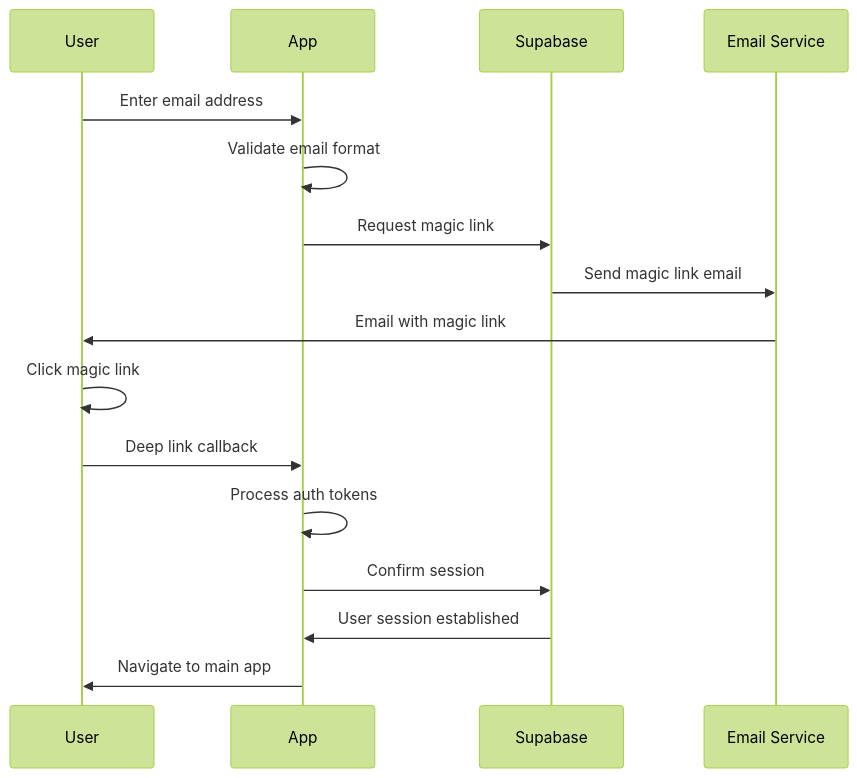
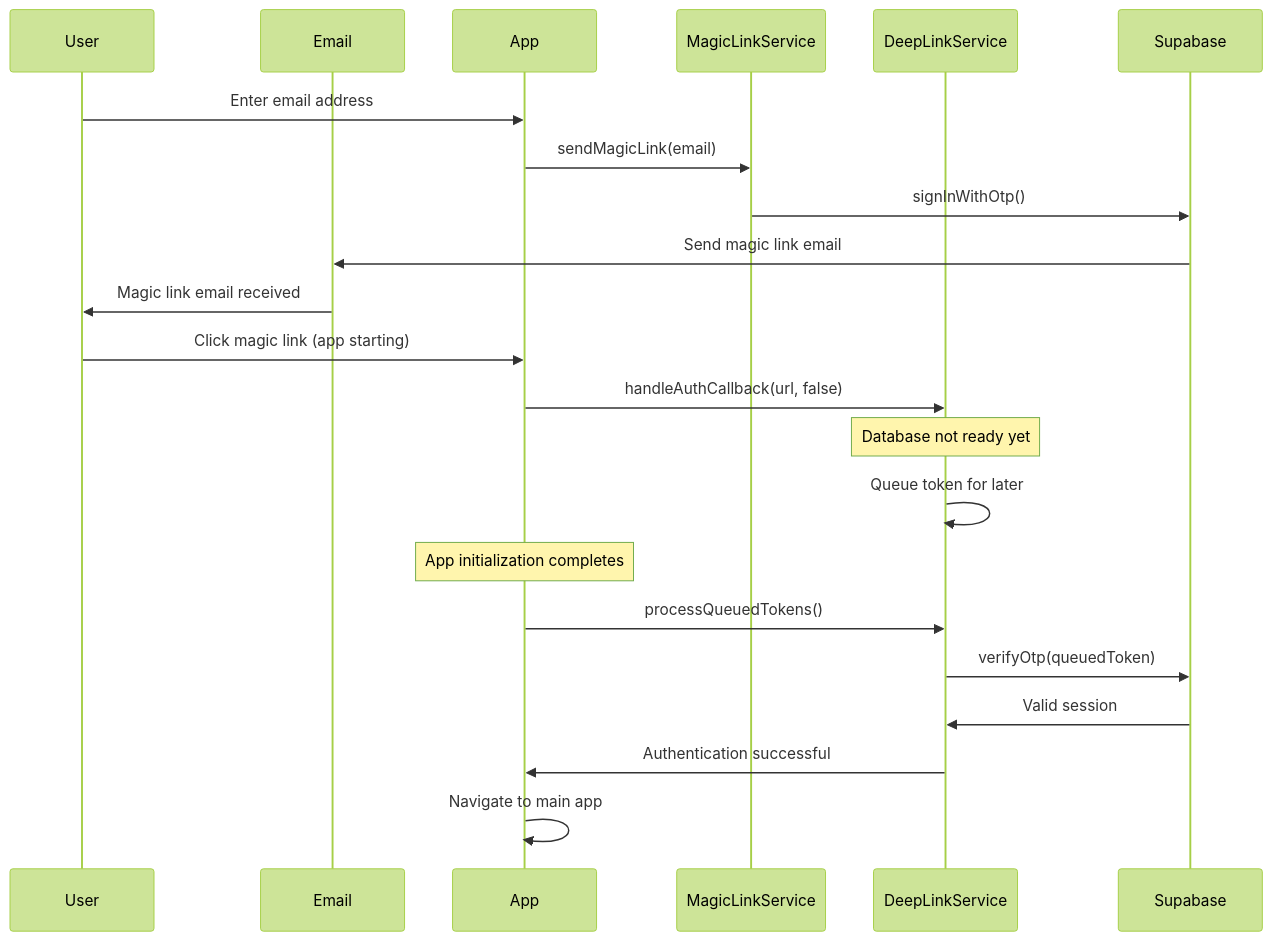
The third of 4 diagrams in docs/auth-flow.md (arthlor/Yeser), drawn with Mermaid (forest theme) before and after one commit. The commit also changed other lines of this file and 21 other files, not shown here.

````diff
--- a/docs/auth-flow.md
+++ b/docs/auth-flow.md
@@ -38,19 +534,27 @@
 ```mermaid
 sequenceDiagram
     participant U as User
+    participant E as Email
     participant A as App
+    participant ML as MagicLinkService
+    participant DL as DeepLinkService
     participant S as Supabase
-    participant E as Email Service
 
     U->>A: Enter email address
-    A->>A: Validate email format
-    A->>S: Request magic link
+    A->>ML: sendMagicLink(email)
+    ML->>S: signInWithOtp()
     S->>E: Send magic link email
-    E->>U: Email with magic link
-    U->>U: Click magic link
-    U->>A: Deep link callback
-    A->>A: Process auth tokens
-    A->>S: Confirm session
-    S->>A: User session established
-    A->>U: Navigate to main app
+    E->>U: Magic link email received
+
+    U->>A: Click magic link (app starting)
+    A->>DL: handleAuthCallback(url, false)
+    Note over DL: Database not ready yet
+    DL->>DL: Queue token for later
+
+    Note over A: App initialization completes
+    A->>DL: processQueuedTokens()
+    DL->>S: verifyOtp(queuedToken)
+    S->>DL: Valid session
+    DL->>A: Authentication successful
+    A->>A: Navigate to main app
 ```
````
